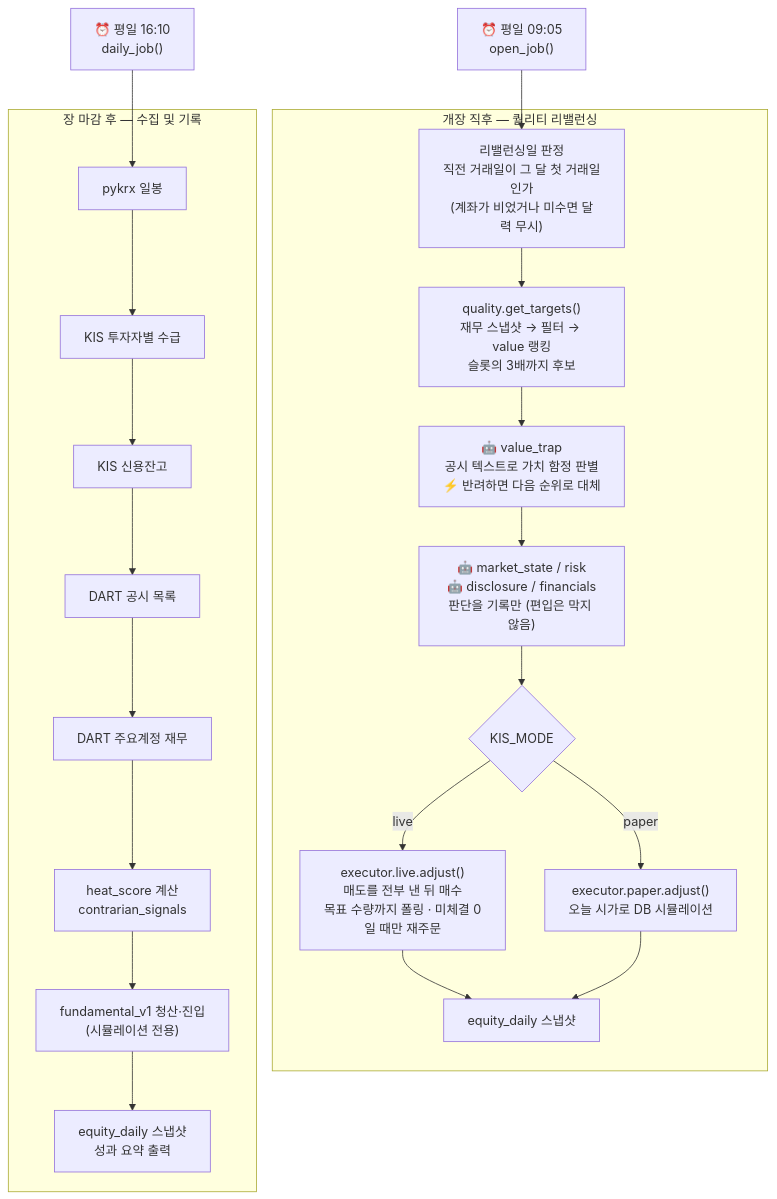
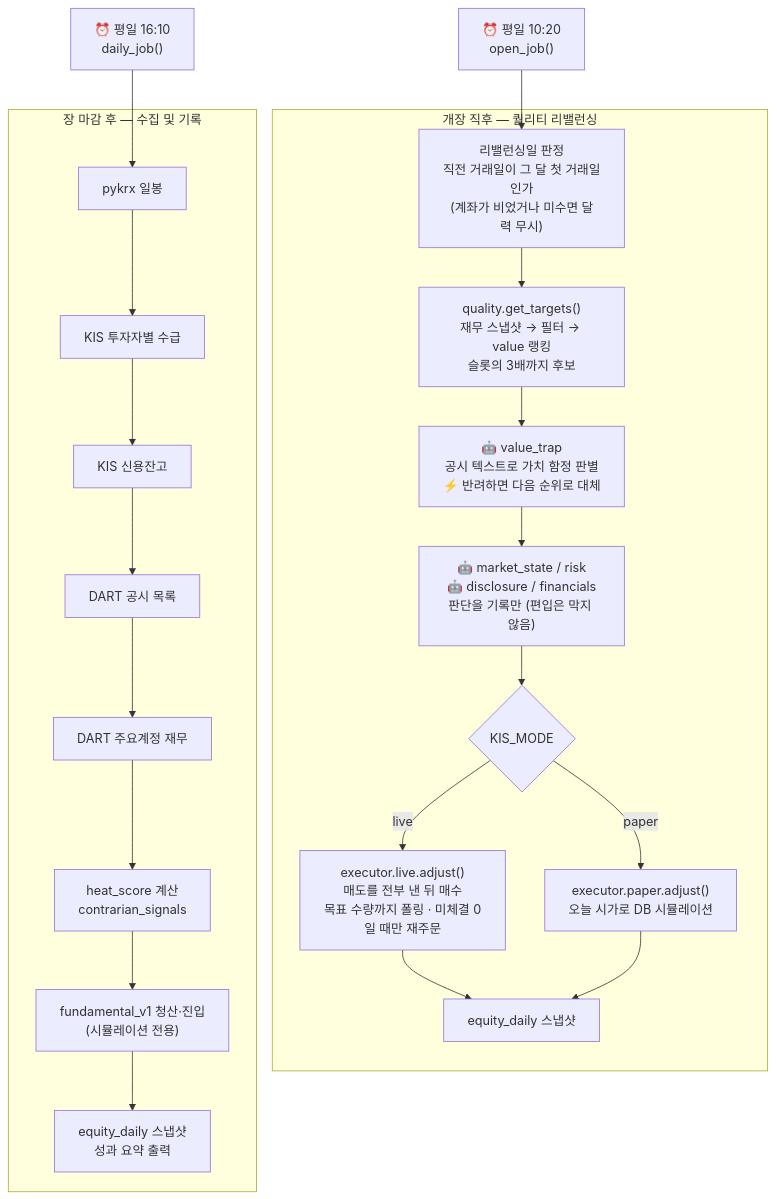
Before and after one commit to polymathPD/WarrentBuffettBot: the diagram in README.md, drawn with Mermaid. The commit also changed other lines of this file and 4 other files, not shown here.

````diff
--- a/README.md
+++ b/README.md
@@ -18,33 +20,33 @@
 ```mermaid
 flowchart TD
-    OPEN["⏰ 평일 09:05\nopen_job()"]
+    OPEN["⏰ 평일 10:20\nopen_job()"]
     CLOSE["⏰ 평일 16:10\ndaily_job()"]
 
     subgraph REBAL["개장 직후 — 퀄리티 리밸런싱"]
         R1["리밸런싱일 판정\n직전 거래일이 그 달 첫 거래일인가\n(계좌가 비었거나 미수면 달력 무시)"]
         R2["quality.get_targets()\n재무 스냅샷 → 필터 → value 랭킹\n슬롯의 3배까지 후보"]
         R3["🤖 value_trap\n공시 텍스트로 가치 함정 판별\n⚡ 반려하면 다음 순위로 대체"]
         R4["🤖 market_state / risk\n🤖 disclosure / financials\n판단을 기록만 (편입은 막지 않음)"]
         R5{"KIS_MODE"}
         R6["executor.live.adjust()\n매도를 전부 낸 뒤 매수\n목표 수량까지 폴링 · 미체결 0일 때만 재주문"]
         R7["executor.paper.adjust()\n오늘 시가로 DB 시뮬레이션"]
         R8["equity_daily 스냅샷"]
     end
 
     subgraph COLLECT["장 마감 후 — 수집 및 기록"]
         C1["pykrx 일봉"]
         C2["KIS 투자자별 수급"]
         C3["KIS 신용잔고"]
         C4["DART 공시 목록"]
         C5["DART 주요계정 재무"]
         C6["heat_score 계산\ncontrarian_signals"]
         C7["fundamental_v1 청산·진입\n(시뮬레이션 전용)"]
         C8["equity_daily 스냅샷\n성과 요약 출력"]
     end
 
     OPEN --> R1 --> R2 --> R3 --> R4 --> R5
     R5 -->|live| R6 --> R8
     R5 -->|paper| R7 --> R8
 
     CLOSE --> C1 --> C2 --> C3 --> C4 --> C5 --> C6 --> C7 --> C8
 ```
````
